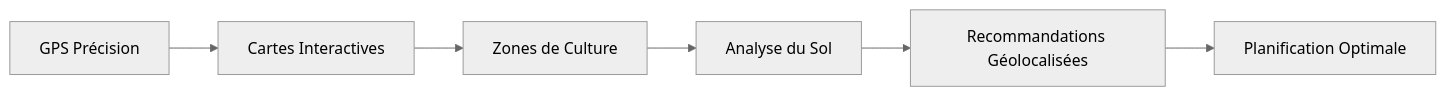
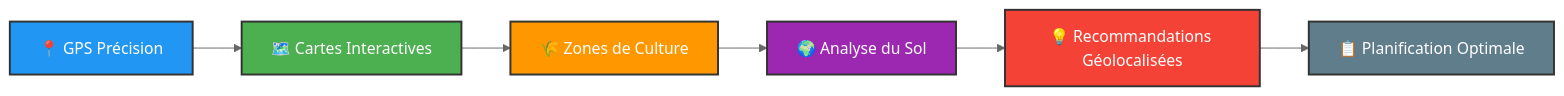
The second of 13 diagrams in README.md (MaximeKELI/Projet-AGRICOLE), drawn with Mermaid (neutral theme) before and after one commit. The commit also changed other lines of this file and 2 other files, not shown here.

````diff
--- a/README.md
+++ b/README.md
@@ -76,8 +396,15 @@
 ```mermaid
 graph LR
-    A[GPS Précision] --> B[Cartes Interactives]
-    B --> C[Zones de Culture]
-    C --> D[Analyse du Sol]
-    D --> E[Recommandations Géolocalisées]
-    E --> F[Planification Optimale]
+    A[📍 GPS Précision] --> B[🗺️ Cartes Interactives]
+    B --> C[🌾 Zones de Culture]
+    C --> D[🌍 Analyse du Sol]
+    D --> E[💡 Recommandations Géolocalisées]
+    E --> F[📋 Planification Optimale]
+    
+    style A fill:#2196F3,stroke:#333,stroke-width:2px,color:#fff
+    style B fill:#4CAF50,stroke:#333,stroke-width:2px,color:#fff
+    style C fill:#FF9800,stroke:#333,stroke-width:2px,color:#fff
+    style D fill:#9C27B0,stroke:#333,stroke-width:2px,color:#fff
+    style E fill:#F44336,stroke:#333,stroke-width:2px,color:#fff
+    style F fill:#607D8B,stroke:#333,stroke-width:2px,color:#fff
 ```
````
